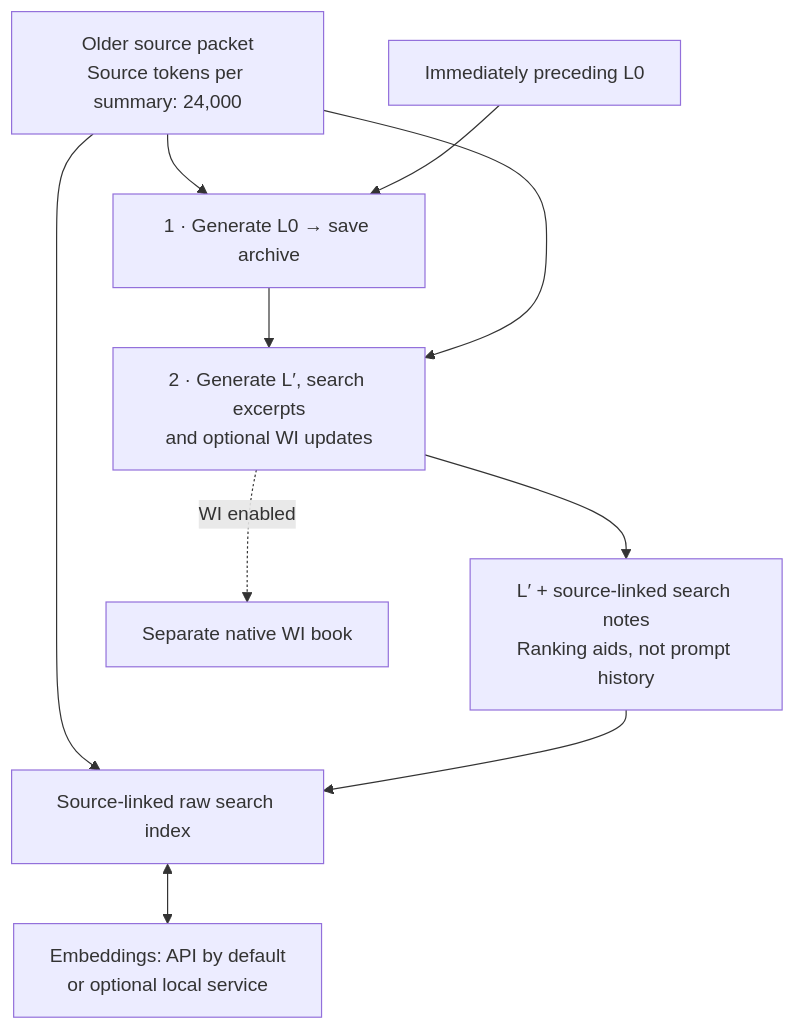
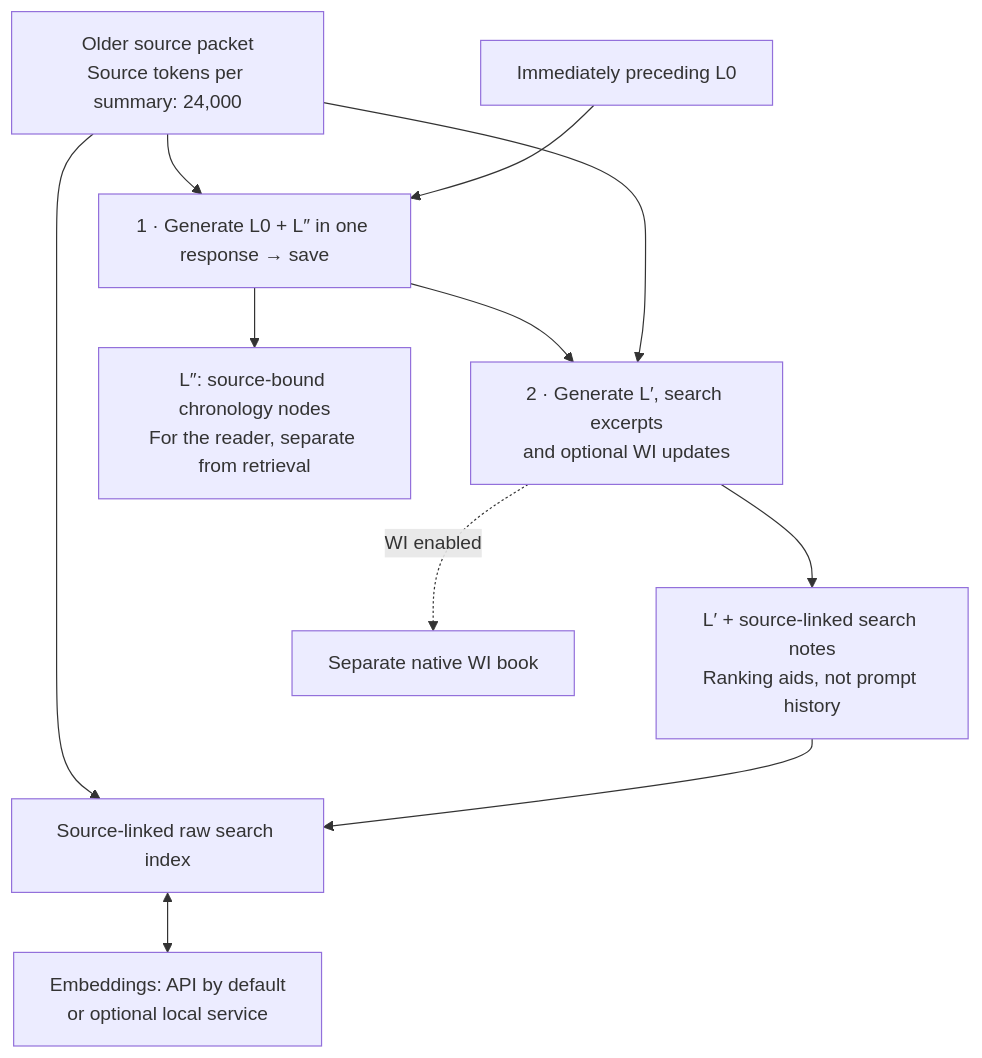
One commit to Ilya626/Extension-WorldMemory changed the first of 2 diagrams in README.md. Above: the diagram before and after it, drawn with Mermaid. The commit also changed other lines of this file and 15 other files, not shown here.

````diff
--- a/README.md
+++ b/README.md
@@ -55,12 +57,13 @@
 ```mermaid
 flowchart TD
-    O["Older source packet<br/>Source tokens per summary: 24,000"] --> A["1 · Generate L0 → save archive"]
+    O["Older source packet<br/>Source tokens per summary: 24,000"] --> A["1 · Generate L0 + L″ in one response → save"]
     P["Immediately preceding L0"] --> A
     A --> B["2 · Generate L′, search excerpts<br/>and optional WI updates"]
+    A --> K["L″: source-bound chronology nodes<br/>For the reader, separate from retrieval"]
     O --> B
     B --> N["L′ + source-linked search notes<br/>Ranking aids, not prompt history"]
     O --> I["Source-linked raw search index"]
     N --> I
     B -. "WI enabled" .-> W["Separate native WI book"]
     I <--> E["Embeddings: API by default<br/>or optional local service"]
 ```
````
